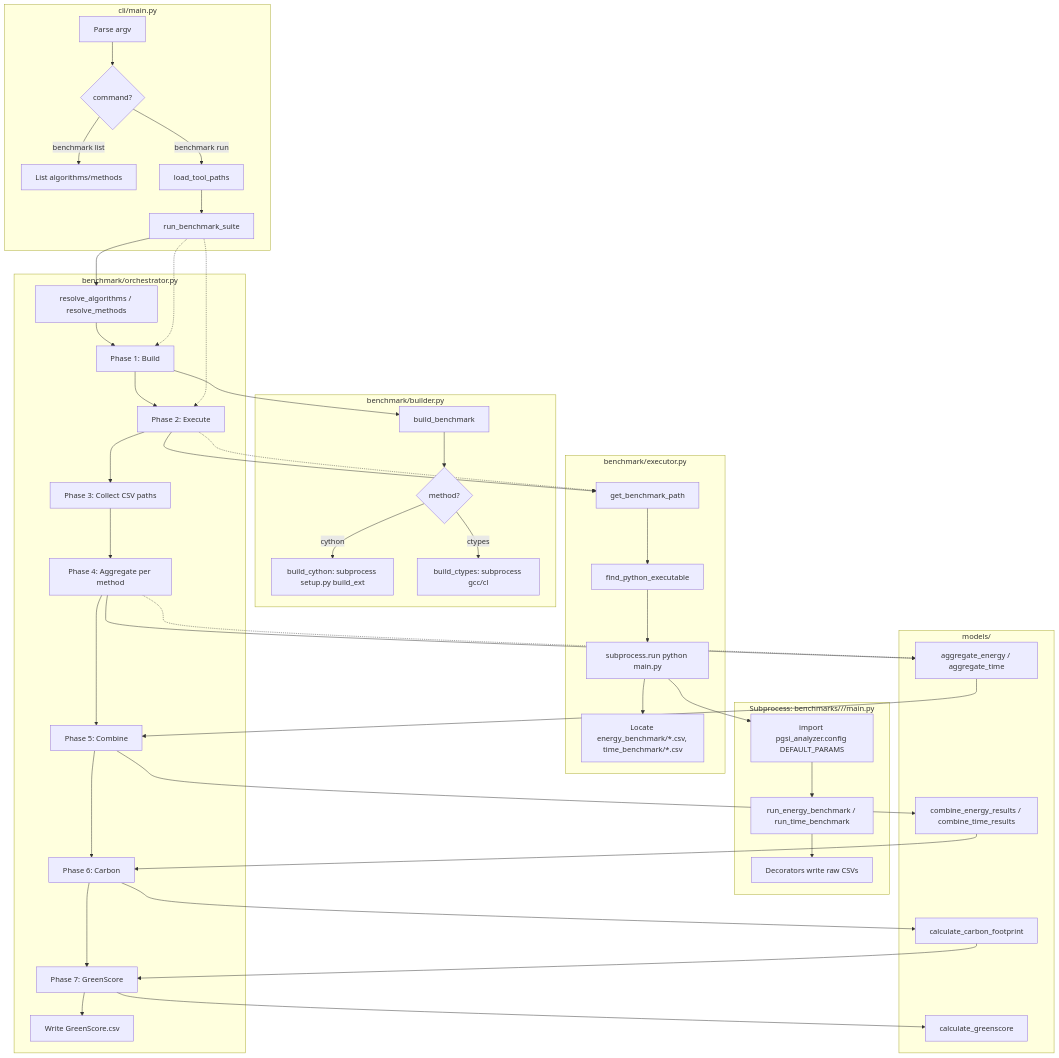
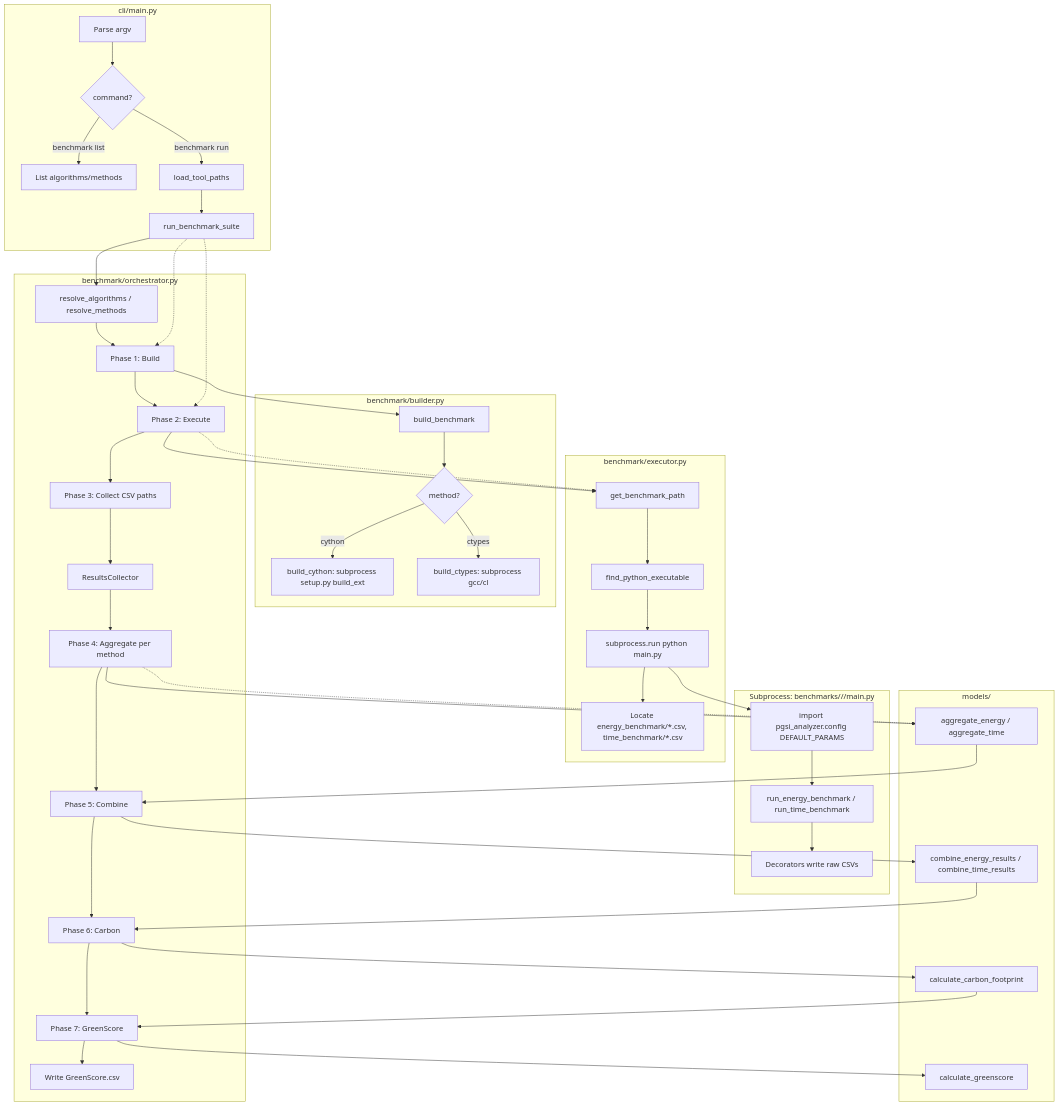
Before and after one commit to FatinShadab/PGSI: the diagram in audit/architecture.md, drawn with Mermaid. The commit also changed other lines of this file and 5 other files, not shown here.

````diff
--- a/audit/architecture.md
+++ b/audit/architecture.md
@@ -199,56 +200,57 @@
 ```mermaid
 flowchart TB
     subgraph CLI["cli/main.py"]
         A[Parse argv] --> B{command?}
         B -->|benchmark list| C[List algorithms/methods]
         B -->|benchmark run| D[load_tool_paths]
         D --> E[run_benchmark_suite]
     end
 
     subgraph ORCH["benchmark/orchestrator.py"]
         E --> F[resolve_algorithms / resolve_methods]
         F --> G[Phase 1: Build]
         G --> H[Phase 2: Execute]
         H --> I[Phase 3: Collect CSV paths]
-        I --> J[Phase 4: Aggregate per method]
+        I --> RC[ResultsCollector]
+        RC --> J[Phase 4: Aggregate per method]
         J --> K[Phase 5: Combine]
         K --> L[Phase 6: Carbon]
         L --> M[Phase 7: GreenScore]
         M --> N[Write GreenScore.csv]
     end
 
     subgraph BUILD["benchmark/builder.py"]
         G --> G1[build_benchmark]
         G1 --> G2{method?}
         G2 -->|cython| G3[build_cython: subprocess setup.py build_ext]
         G2 -->|ctypes| G4[build_ctypes: subprocess gcc/cl]
     end
 
     subgraph EXEC["benchmark/executor.py"]
         H --> H1[get_benchmark_path]
         H1 --> H2[find_python_executable]
         H2 --> H3[subprocess.run python main.py]
         H3 --> H4[Locate energy_benchmark/*.csv, time_benchmark/*.csv]
     end
 
     subgraph SUB["Subprocess: benchmarks/<algo>/<method>/main.py"]
         H3 --> S1[import pgsi_analyzer.config DEFAULT_PARAMS]
         S1 --> S2[run_energy_benchmark / run_time_benchmark]
         S2 --> S3[Decorators write raw CSVs]
     end
 
     subgraph MODELS["models/"]
         J --> agg[aggregate_energy / aggregate_time]
         agg --> K
         K --> comb[combine_energy_results / combine_time_results]
         comb --> L
         L --> carb[calculate_carbon_footprint]
         carb --> M
         M --> gs[calculate_greenscore]
     end
 
     E -.-> G
     E -.-> H
     H -.-> H1
     J -.-> agg
 ```
````
